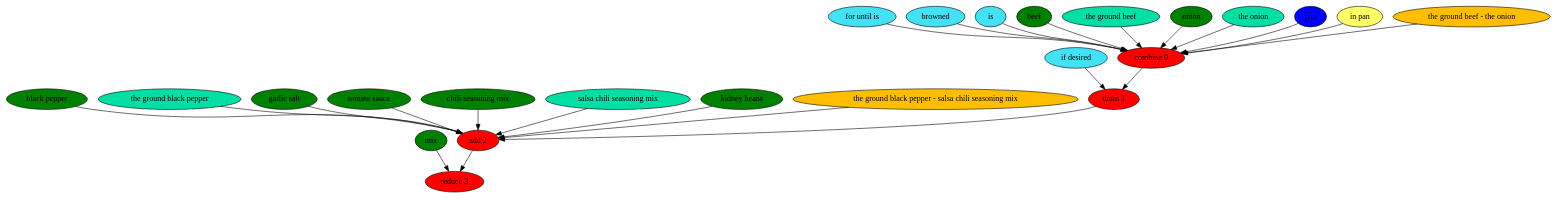
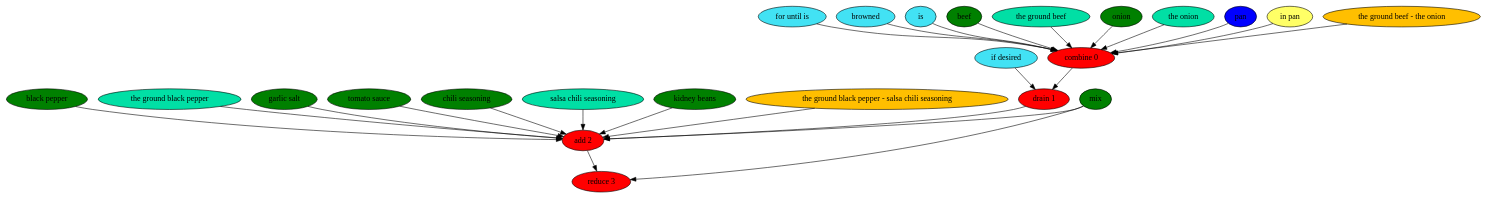
The diagram in results/paper/debdoozies-blue-ribbon-chili.dot (can-keklik/RecipePostagger), drawn with Graphviz before and after one commit. The commit also changed 70 other files, not shown here.

```diff
--- a/results/paper/debdoozies-blue-ribbon-chili.dot
+++ b/results/paper/debdoozies-blue-ribbon-chili.dot
@@ -1,49 +1,51 @@
 digraph G {
 "combine 0" [style=filled, fillcolor=red];
 "for until is" [style=filled, fillcolor="#42e2f4"];
 "for until is" -> "combine 0";
 browned [style=filled, fillcolor="#42e2f4"];
 browned -> "combine 0";
 is [style=filled, fillcolor="#42e2f4"];
 is -> "combine 0";
 beef [style=filled, fillcolor=green];
 beef -> "combine 0";
 "the ground beef" [style=filled, fillcolor="#01DFA5"];
 "the ground beef" -> "combine 0";
 onion [style=filled, fillcolor=green];
 onion -> "combine 0";
 "the onion" [style=filled, fillcolor="#01DFA5"];
 "the onion" -> "combine 0";
 pan [style=filled, fillcolor="#0000ff"];
 pan -> "combine 0";
 "in pan" [style=filled, fillcolor="#ffff66"];
 "in pan" -> "combine 0";
 "the ground beef - the onion" [style=filled, fillcolor="#FFBF00"];
 "the ground beef - the onion" -> "combine 0";
 "drain 1" [style=filled, fillcolor=red];
 "if desired" [style=filled, fillcolor="#42e2f4"];
 "if desired" -> "drain 1";
 "add 2" [style=filled, fillcolor=red];
 "black pepper" [style=filled, fillcolor=green];
 "black pepper" -> "add 2";
 "the ground black pepper" [style=filled, fillcolor="#01DFA5"];
 "the ground black pepper" -> "add 2";
 "garlic salt" [style=filled, fillcolor=green];
 "garlic salt" -> "add 2";
 "tomato sauce" [style=filled, fillcolor=green];
 "tomato sauce" -> "add 2";
-"chili seasoning mix" [style=filled, fillcolor=green];
-"chili seasoning mix" -> "add 2";
-"salsa chili seasoning mix" [style=filled, fillcolor="#01DFA5"];
-"salsa chili seasoning mix" -> "add 2";
+mix [style=filled, fillcolor=green];
+mix -> "add 2";
+"chili seasoning" [style=filled, fillcolor=green];
+"chili seasoning" -> "add 2";
+"salsa chili seasoning" [style=filled, fillcolor="#01DFA5"];
+"salsa chili seasoning" -> "add 2";
 "kidney beans" [style=filled, fillcolor=green];
 "kidney beans" -> "add 2";
-"the ground black pepper - salsa chili seasoning mix" [style=filled, fillcolor="#FFBF00"];
-"the ground black pepper - salsa chili seasoning mix" -> "add 2";
+"the ground black pepper - salsa chili seasoning" [style=filled, fillcolor="#FFBF00"];
+"the ground black pepper - salsa chili seasoning" -> "add 2";
 "reduce 3" [style=filled, fillcolor=red];
 mix [style=filled, fillcolor=green];
 mix -> "reduce 3";
 "combine 0" -> "drain 1";
 "drain 1" -> "add 2";
 "add 2" -> "reduce 3";
 }
```
